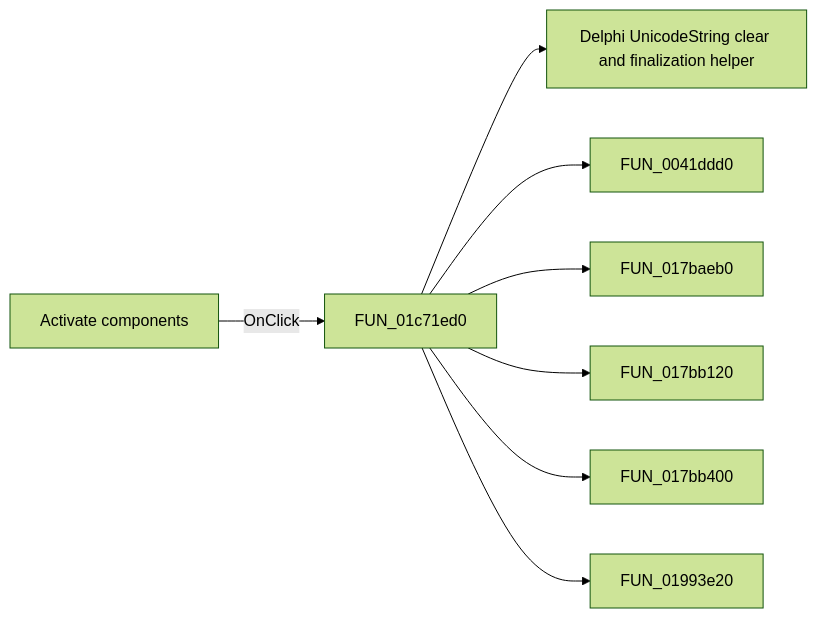
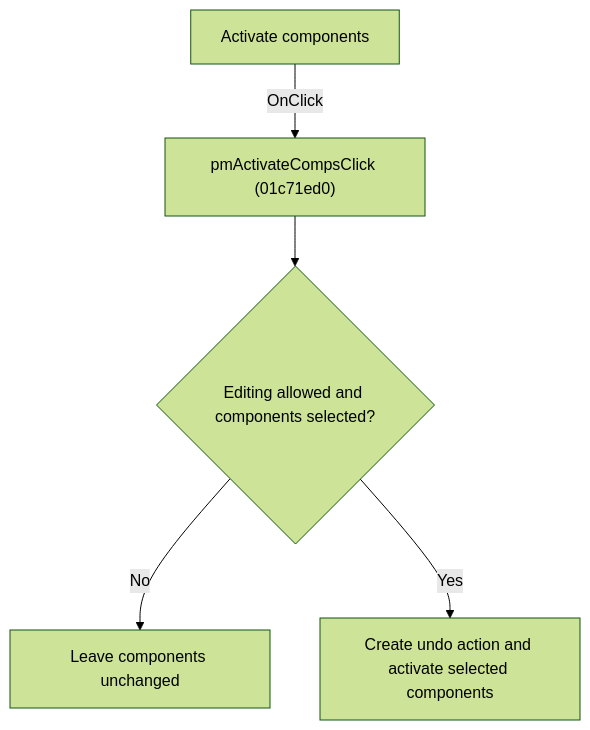
One commit to MovGP0/TIARA changed the diagram in docs/ui-controls/schematiceditor/pmactivatecomps-c635e88e19.md. Above: the diagram before and after it, drawn with Mermaid (forest theme). The commit also changed other lines of this file and 1062 other files, not shown here.

````diff
--- a/docs/ui-controls/schematiceditor/pmactivatecomps-c635e88e19.md
+++ b/docs/ui-controls/schematiceditor/pmactivatecomps-c635e88e19.md
@@ -27,10 +27,7 @@
 ```mermaid
-flowchart LR
-    control["Activate components"] -->|OnClick| handler["FUN_01c71ed0"]
-    handler --> call1["Delphi UnicodeString clear and finalization helper"]
-    handler --> call2["FUN_0041ddd0"]
-    handler --> call3["FUN_017baeb0"]
-    handler --> call4["FUN_017bb120"]
-    handler --> call5["FUN_017bb400"]
-    handler --> call6["FUN_01993e20"]
+flowchart TD
+    control["Activate components"] -->|"OnClick"| handler["pmActivateCompsClick (01c71ed0)"]
+    handler --> guard{"Editing allowed and components selected?"}
+    guard -->|"No"| noChange["Leave components unchanged"]
+    guard -->|"Yes"| action["Create undo action and activate selected components"]
 ```
````
